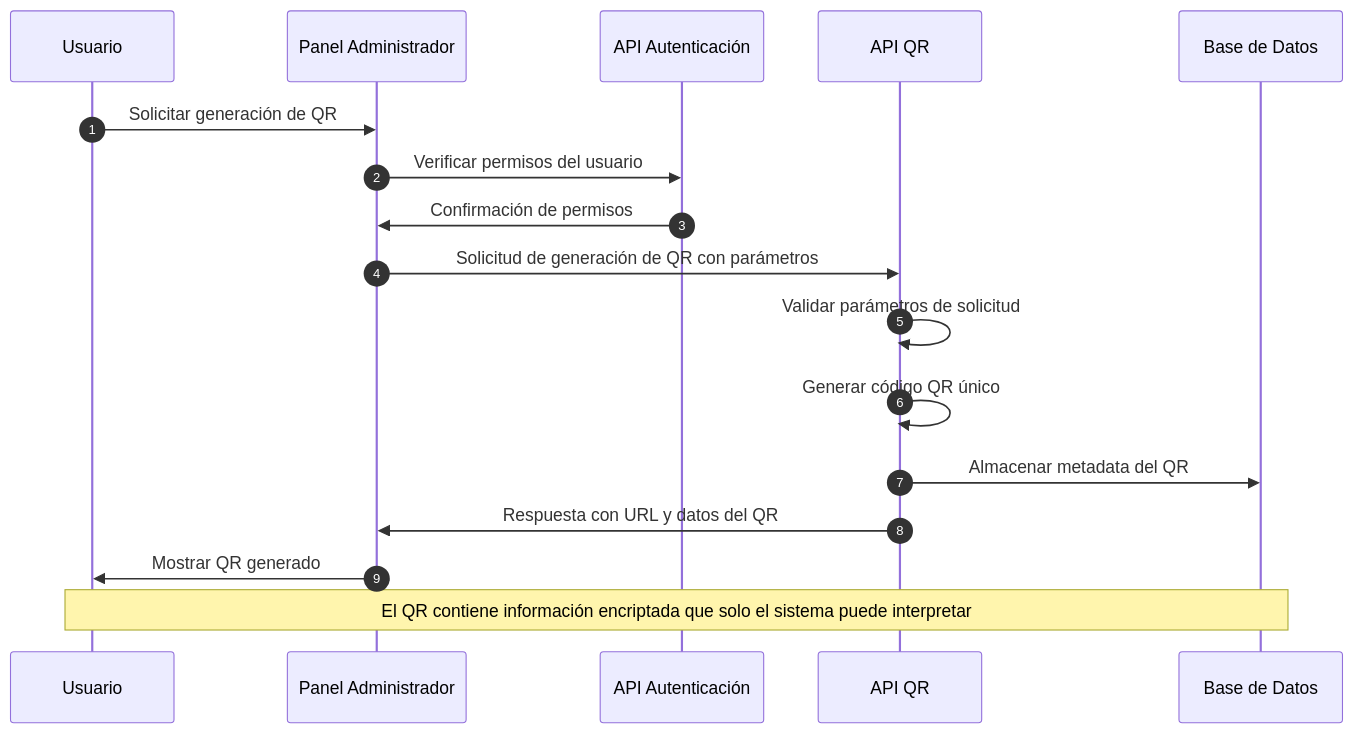
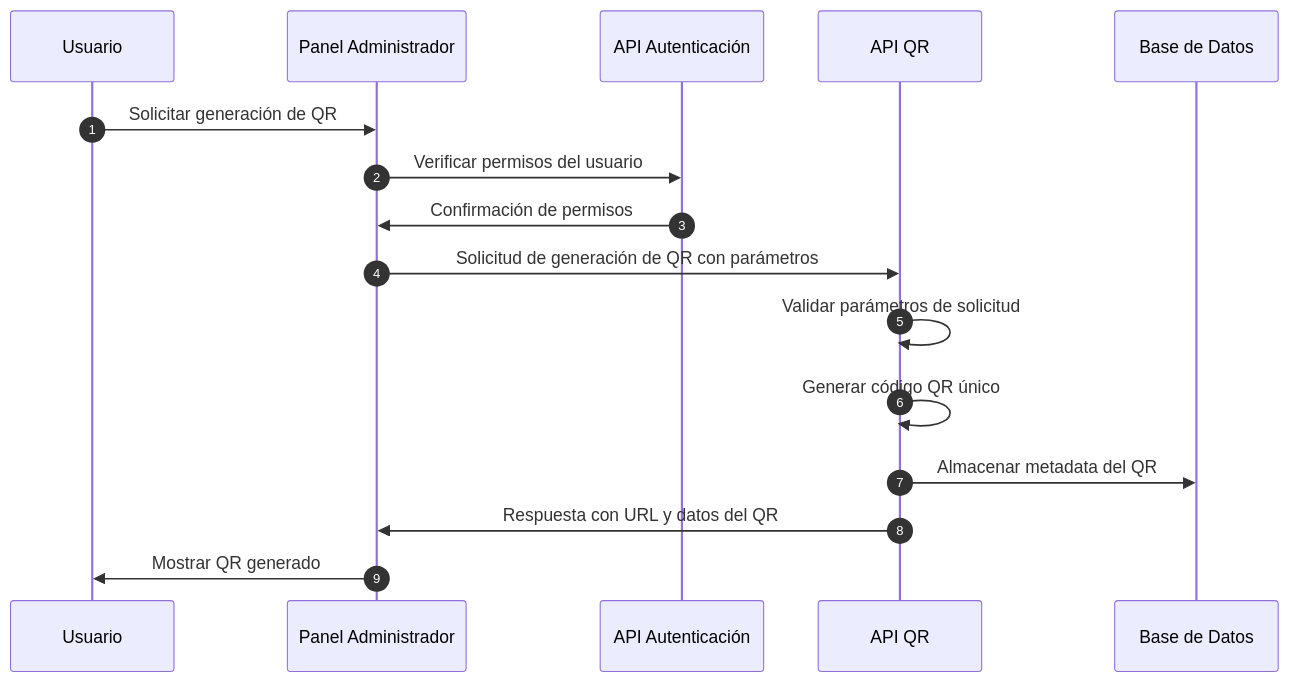
Before and after one commit to Pesgard/QR-Coats-docs: the second of 5 diagrams in docs/architecture/data-flow/index.md, drawn with Mermaid. The commit also changed other lines of this file and 26 other files, not shown here.

````diff
--- a/docs/architecture/data-flow/index.md
+++ b/docs/architecture/data-flow/index.md
@@ -48,24 +48,22 @@
 ```mermaid
 sequenceDiagram
     autonumber
     participant Usuario
     participant Admin as Panel Administrador
     participant Auth as API Autenticación
     participant QR as API QR
     participant DB as Base de Datos
     
     Usuario->>Admin: Solicitar generación de QR
     Admin->>Auth: Verificar permisos del usuario
     Auth->>Admin: Confirmación de permisos
     
     Admin->>QR: Solicitud de generación de QR con parámetros
     
     QR->>QR: Validar parámetros de solicitud
     QR->>QR: Generar código QR único
     QR->>DB: Almacenar metadata del QR
     
     QR->>Admin: Respuesta con URL y datos del QR
     Admin->>Usuario: Mostrar QR generado
-    
-    Note over Usuario,DB: El QR contiene información encriptada que solo el sistema puede interpretar
-```
+  ```
````
